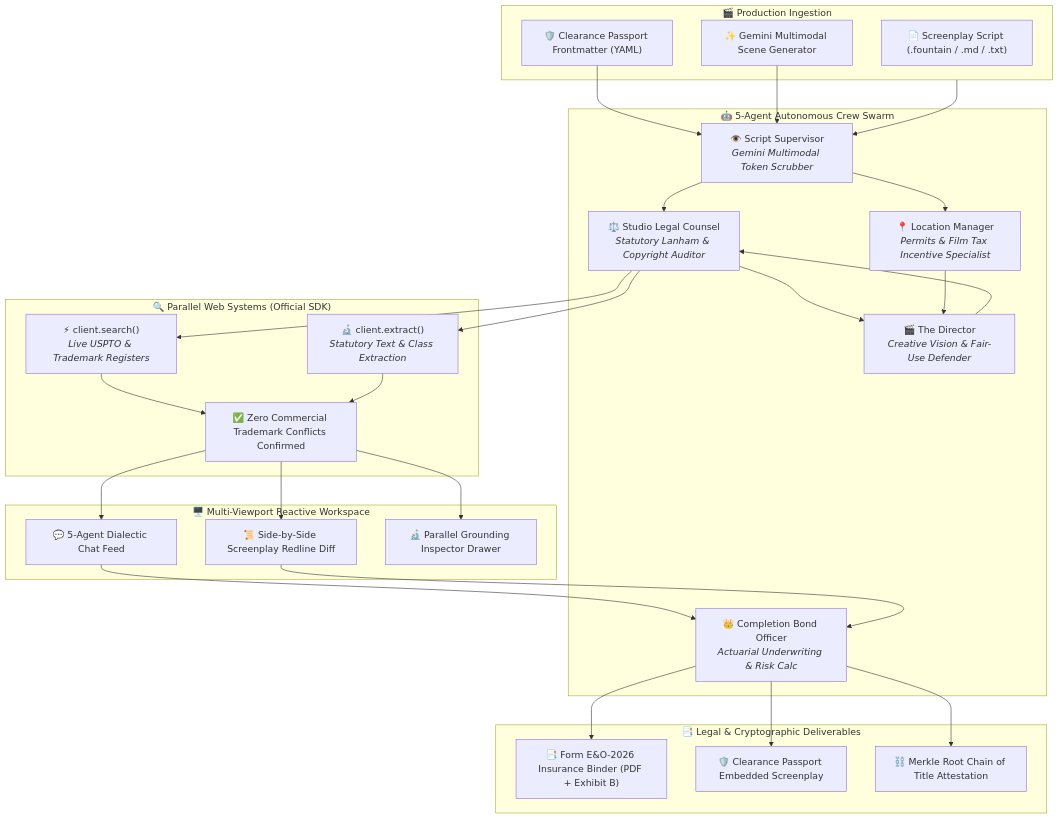
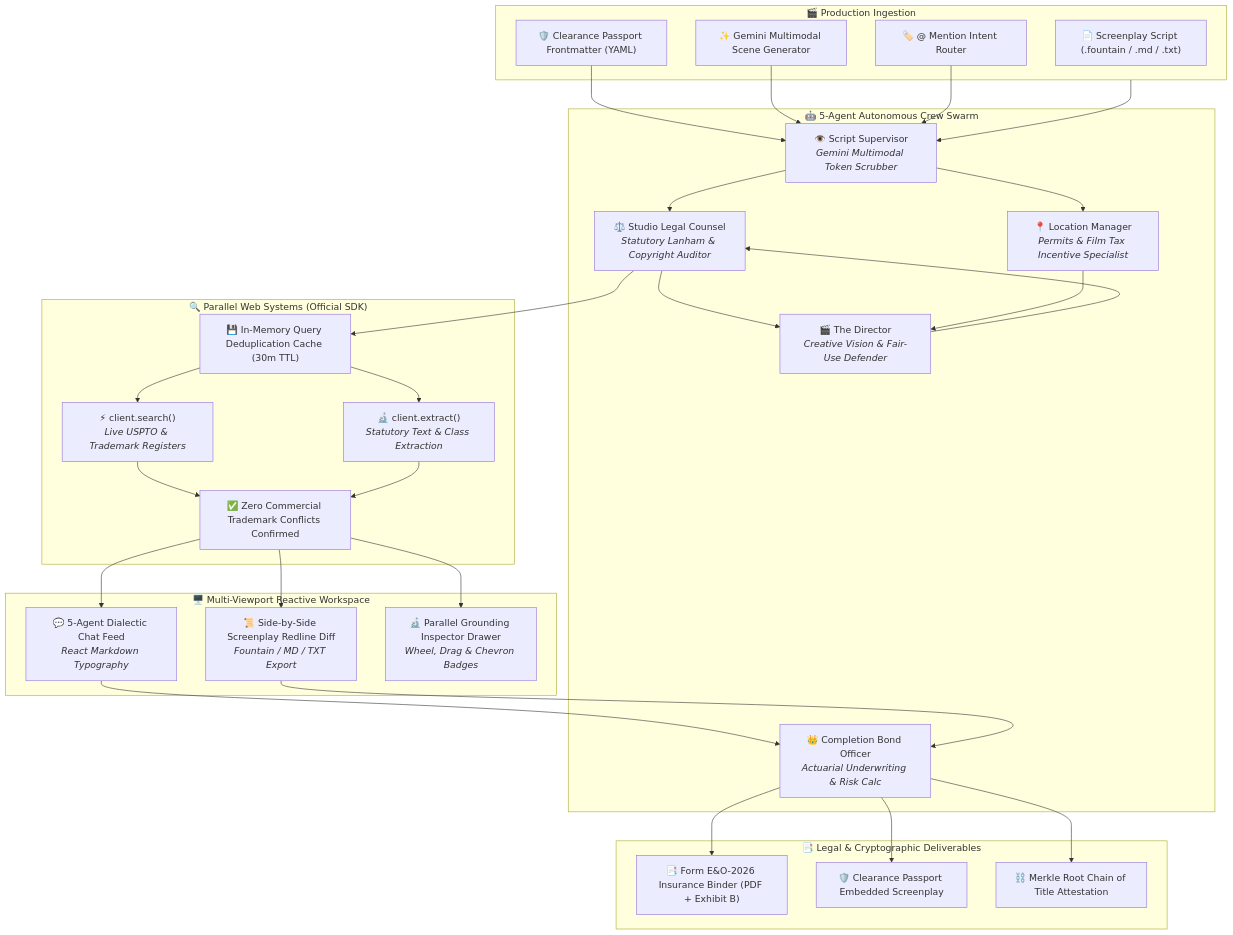
The diagram in README.md (miracles2motion/deepclear-studio), drawn with Mermaid before and after one commit. The commit also changed other lines of this file, not shown here.

Commit message:
📄 docs: synchronize README.md with v0.8.6 features, @ mentions, and error handling architecture

````diff
--- a/README.md
+++ b/README.md
@@ -90,46 +100,50 @@
 ```mermaid
 flowchart TD
     subgraph Inputs["🎬 Production Ingestion"]
         SC["📄 Screenplay Script (.fountain / .md / .txt)"]
         CP["🛡️ Clearance Passport Frontmatter (YAML)"]
         GEN["✨ Gemini Multimodal Scene Generator"]
+        TAG["🏷️ @ Mention Intent Router"]
     end
 
     subgraph Swarm["🤖 5-Agent Autonomous Crew Swarm"]
         SS["👁️ Script Supervisor<br/><i>Gemini Multimodal Token Scrubber</i>"]
         LC["⚖️ Studio Legal Counsel<br/><i>Statutory Lanham & Copyright Auditor</i>"]
         LM["📍 Location Manager<br/><i>Permits & Film Tax Incentive Specialist</i>"]
         DIR["🎬 The Director<br/><i>Creative Vision & Fair-Use Defender</i>"]
         CBO["👑 Completion Bond Officer<br/><i>Actuarial Underwriting & Risk Calc</i>"]
     end
 
     subgraph ParallelEngine["🔍 Parallel Web Systems (Official SDK)"]
         PS["⚡ client.search()<br/><i>Live USPTO & Trademark Registers</i>"]
         EX["🔬 client.extract()<br/><i>Statutory Text & Class Extraction</i>"]
+        CACHE["💾 In-Memory Query Deduplication Cache (30m TTL)"]
         REG["✅ Zero Commercial Trademark Conflicts Confirmed"]
     end
 
     subgraph UIViews["🖥️ Multi-Viewport Reactive Workspace"]
-        CHAT["💬 5-Agent Dialectic Chat Feed"]
-        DIFF["📜 Side-by-Side Screenplay Redline Diff"]
-        DRAWER["🔬 Parallel Grounding Inspector Drawer"]
+        CHAT["💬 5-Agent Dialectic Chat Feed<br/><i>React Markdown Typography</i>"]
+        DIFF["📜 Side-by-Side Screenplay Redline Diff<br/><i>Fountain / MD / TXT Export</i>"]
+        DRAWER["🔬 Parallel Grounding Inspector Drawer<br/><i>Wheel, Drag & Chevron Badges</i>"]
     end
 
     subgraph Deliverables["📑 Legal & Cryptographic Deliverables"]
         PDF["📑 Form E&O-2026 Insurance Binder (PDF + Exhibit B)"]
         PASS["🛡️ Clearance Passport Embedded Screenplay"]
         EVM["⛓️ Merkle Root Chain of Title Attestation"]
     end
 
     Inputs --> SS
     CP --> SS
     GEN --> SS
+    TAG --> SS
     SS --> LC & LM
     LC & LM --> DIR
     DIR --> LC
-    LC --> PS & EX
+    LC --> CACHE
+    CACHE --> PS & EX
     PS & EX --> REG
     REG --> CHAT & DIFF & DRAWER
     CHAT & DIFF --> CBO
     CBO --> PDF & PASS & EVM
 ```
````
